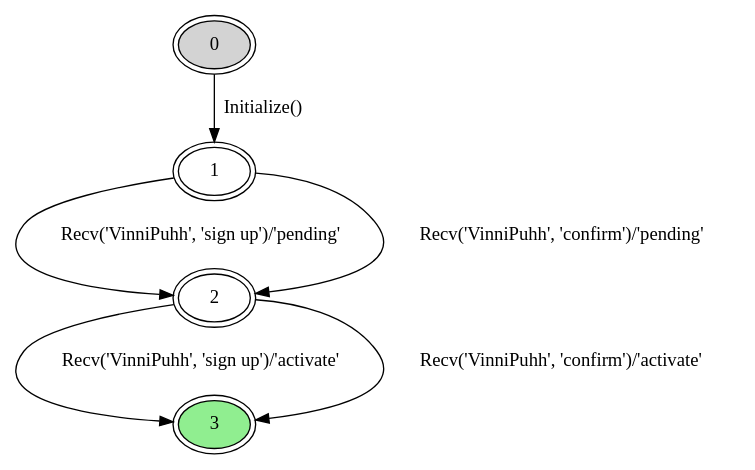
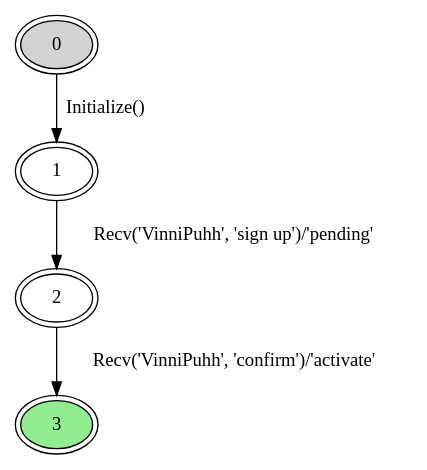
The diagram in mdd/EmailSignupModelFSM.dot (calroc/funrdf), drawn with Graphviz before and after one commit. The commit also changed 3 other files, not shown here.

```diff
--- a/mdd/EmailSignupModelFSM.dot
+++ b/mdd/EmailSignupModelFSM.dot
@@ -1,19 +1,17 @@
 digraph EmailSignupModelFSM {
 
   // Nodes
   0 [ style=filled, shape=ellipse, peripheries=2, fillcolor=lightgray,
       tooltip="{'EmailSignupModel': {'activeEmails': set([]), 'mode': 'Inactive', 'pendingEmails': set([])}}" ]
   1 [ style=filled, shape=ellipse, peripheries=2, fillcolor=white,
       tooltip="{'EmailSignupModel': {'activeEmails': set([]), 'mode': 'Running', 'pendingEmails': set([])}}" ]
   2 [ style=filled, shape=ellipse, peripheries=2, fillcolor=white,
       tooltip="{'EmailSignupModel': {'activeEmails': set([]), 'mode': 'Running', 'pendingEmails': set(['VinniPuhh'])}}" ]
   3 [ style=filled, shape=ellipse, peripheries=2, fillcolor=lightgreen,
       tooltip="{'EmailSignupModel': {'activeEmails': set(['VinniPuhh']), 'mode': 'Running', 'pendingEmails': set([])}}" ]
 
   // Transitions
   0 -> 1 [ label="Initialize()", tooltip="Initialize()" ]
   1 -> 2 [ label="Recv('VinniPuhh', 'sign up')/'pending'", tooltip="Recv('VinniPuhh', 'sign up')/'pending'" ]
-  1 -> 2 [ label="Recv('VinniPuhh', 'confirm')/'pending'", tooltip="Recv('VinniPuhh', 'confirm')/'pending'" ]
-  2 -> 3 [ label="Recv('VinniPuhh', 'sign up')/'activate'", tooltip="Recv('VinniPuhh', 'sign up')/'activate'" ]
   2 -> 3 [ label="Recv('VinniPuhh', 'confirm')/'activate'", tooltip="Recv('VinniPuhh', 'confirm')/'activate'" ]
 }
```
